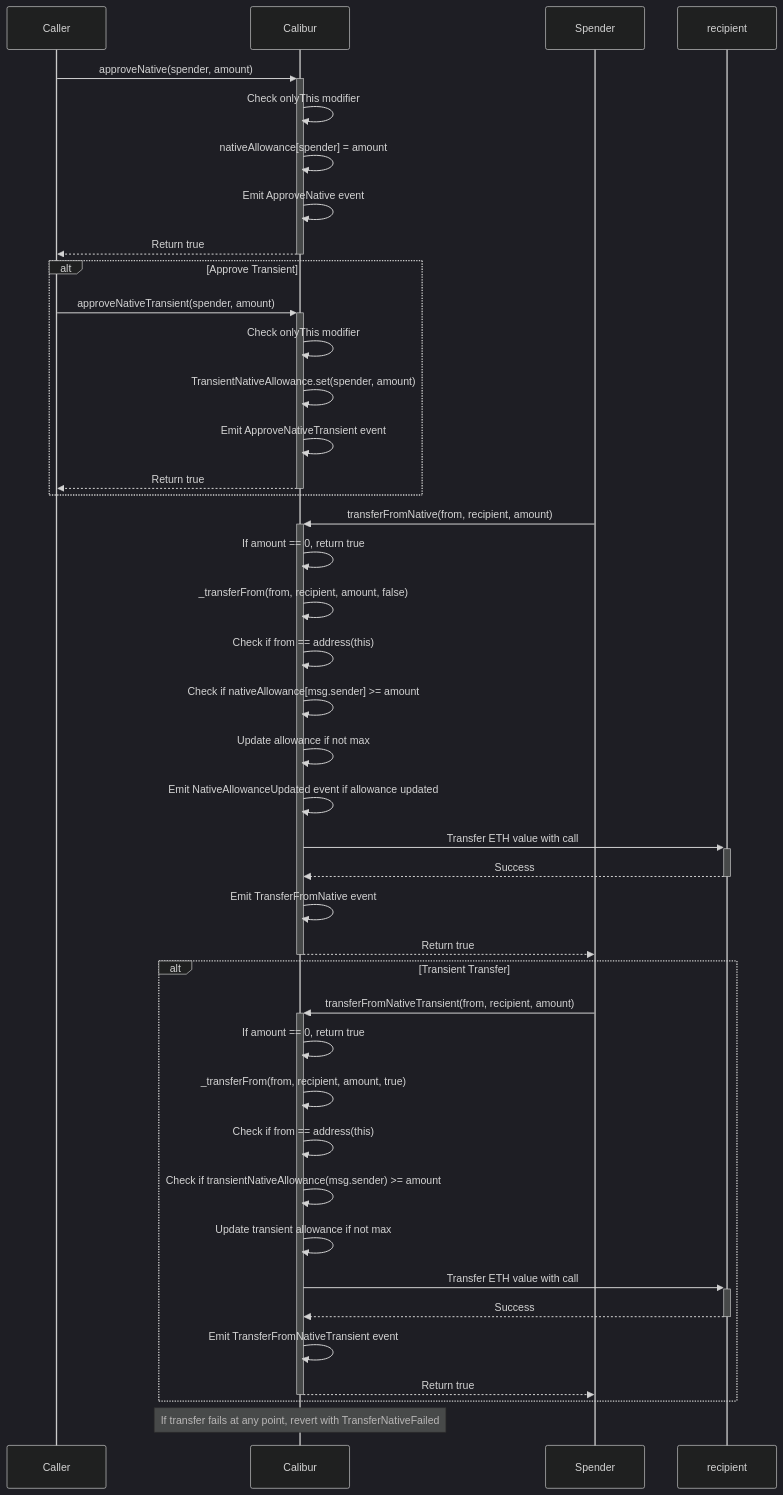
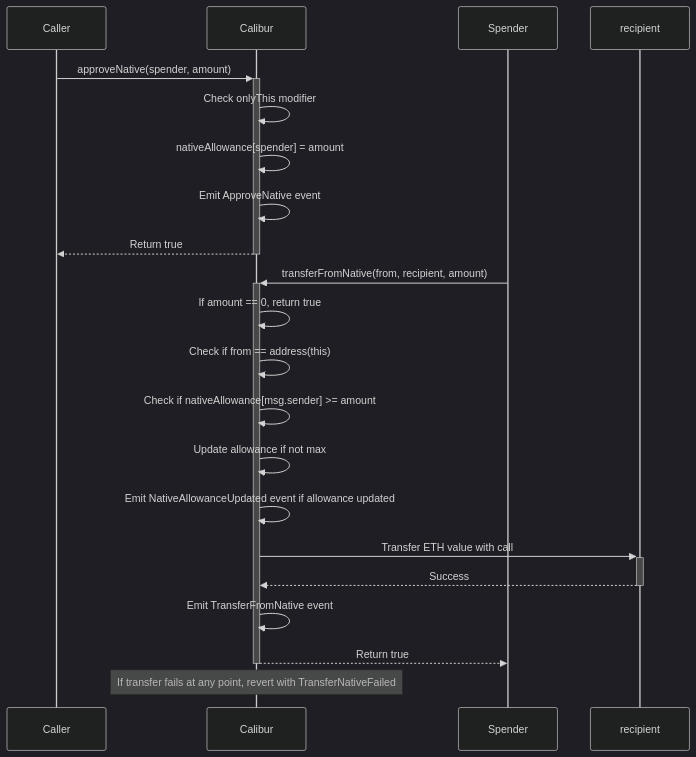
Before and after one commit to Uniswap/calibur: the seventh of 7 diagrams in ARCHITECTURE.md, drawn with Mermaid (dark theme). The commit also changed 11 other files, not shown here.

First line of the commit message:
SB(M36): remove transient native allowances (#17)

````diff
--- a/ARCHITECTURE.md
+++ b/ARCHITECTURE.md
@@ -301,47 +301,25 @@
 ```mermaid
 sequenceDiagram
     participant Caller
     participant Account as Calibur
     participant Spender
     
     Caller->>+Account: approveNative(spender, amount)
     Account->>Account: Check onlyThis modifier
     Account->>Account: nativeAllowance[spender] = amount
     Account->>Account: Emit ApproveNative event
     Account-->>-Caller: Return true
 
-    alt Approve Transient
-        Caller->>+Account: approveNativeTransient(spender, amount)
-        Account->>Account: Check onlyThis modifier
-        Account->>Account: TransientNativeAllowance.set(spender, amount) 
-        Account->>Account: Emit ApproveNativeTransient event
-        Account-->>-Caller: Return true
-    end
-    
     Spender->>+Account: transferFromNative(from, recipient, amount)
     Account->>Account: If amount == 0, return true
-    Account->>Account: _transferFrom(from, recipient, amount, false)
     Account->>Account: Check if from == address(this)
     Account->>Account: Check if nativeAllowance[msg.sender] >= amount
     Account->>Account: Update allowance if not max
     Account->>Account: Emit NativeAllowanceUpdated event if allowance updated
     Account->>+recipient: Transfer ETH value with call
     recipient-->>-Account: Success
     Account->>Account: Emit TransferFromNative event
     Account-->>-Spender: Return true
     
-    alt Transient Transfer
-        Spender->>+Account: transferFromNativeTransient(from, recipient, amount)
-        Account->>Account: If amount == 0, return true
-        Account->>Account: _transferFrom(from, recipient, amount, true)
-        Account->>Account: Check if from == address(this)
-        Account->>Account: Check if transientNativeAllowance(msg.sender) >= amount
-        Account->>Account: Update transient allowance if not max
-        Account->>+recipient: Transfer ETH value with call
-        recipient-->>-Account: Success
-        Account->>Account: Emit TransferFromNativeTransient event
-        Account-->>-Spender: Return true
-    end
-    
     Note over Account: If transfer fails at any point, revert with TransferNativeFailed
 ```
````
